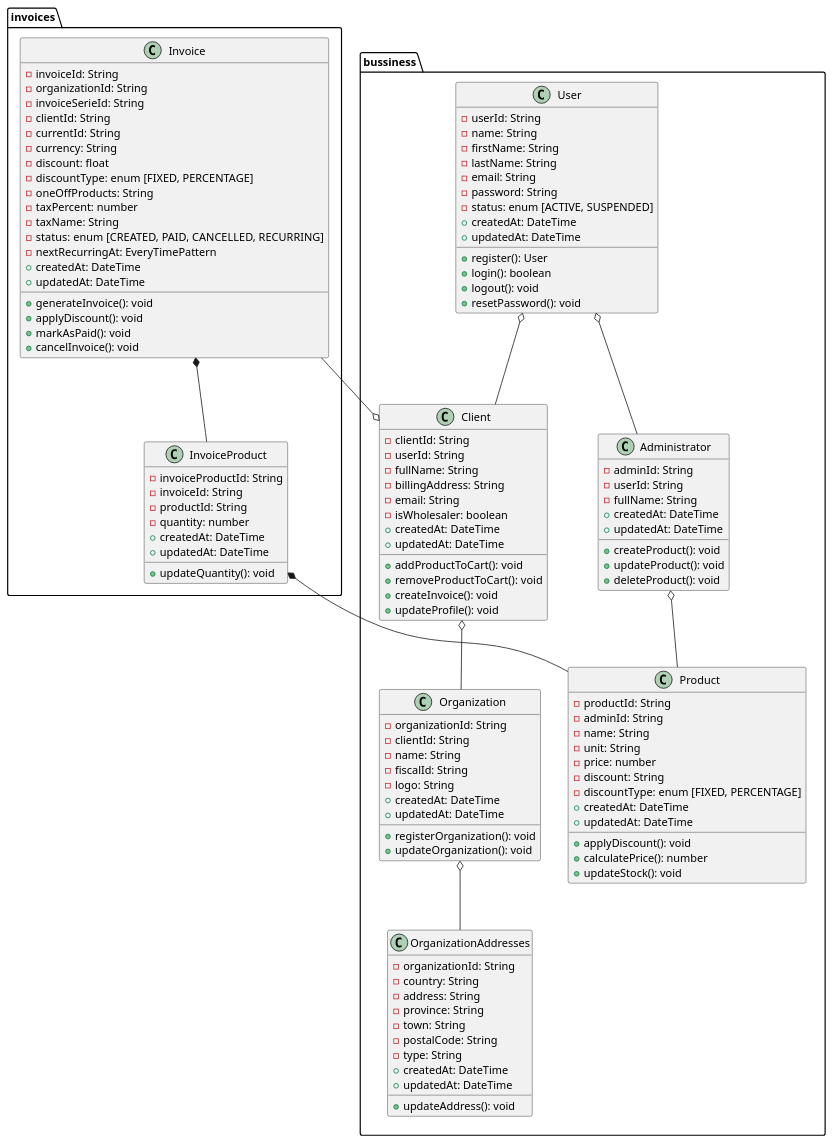
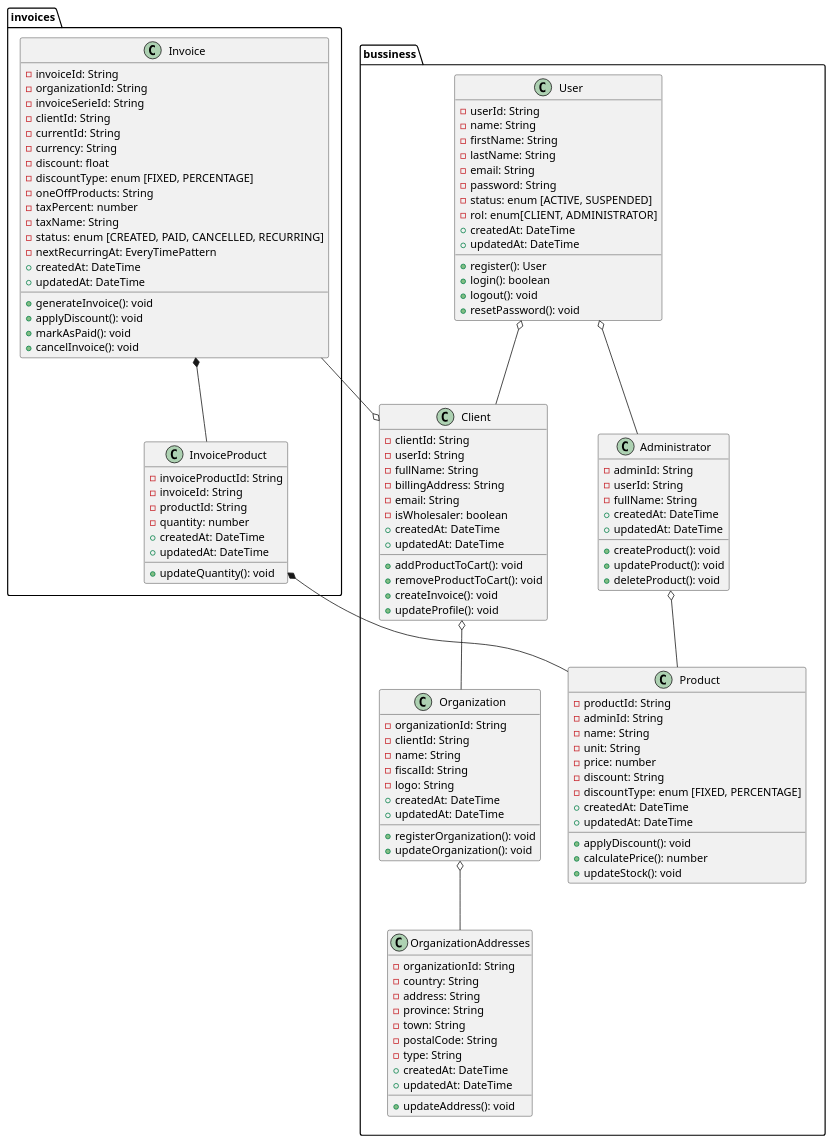
The diagram in docs/class-diagram.puml (DanielGonzlez/TFG), drawn with PlantUML before and after one commit.

Commit message:
fix: added atribute rol

```diff
--- a/docs/class-diagram.puml
+++ b/docs/class-diagram.puml
@@ -1,147 +1,148 @@
 @startuml
 
 ' Dirección vertical (de arriba a abajo)
 top to bottom direction
 
 skinparam entityPadding 20
 skinparam entityFontSize 14
 
 
 ' Paquete bussiness
 package bussiness {
     together {
         class Administrator {
             - adminId: String
             - userId: String
             - fullName: String
             + createdAt: DateTime
             + updatedAt: DateTime
             + createProduct(): void
             + updateProduct(): void
             + deleteProduct(): void
         }
 
         class Product {
             - productId: String
             - adminId: String
             - name: String
             - unit: String
             - price: number
             - discount: String
             - discountType: enum [FIXED, PERCENTAGE]
             + createdAt: DateTime
             + updatedAt: DateTime
             + applyDiscount(): void
             + calculatePrice(): number
             + updateStock(): void
         }
     }
     
     class User {
         - userId: String
         - name: String
         - firstName: String
         - lastName: String
         - email: String
         - password: String
         - status: enum [ACTIVE, SUSPENDED]
+        - rol: enum[CLIENT, ADMINISTRATOR]
         + createdAt: DateTime
         + updatedAt: DateTime
         + register(): User
         + login(): boolean
         + logout(): void
         + resetPassword(): void
     }
     together {
         class OrganizationAddresses {
             - organizationId: String
             - country: String
             - address: String
             - province: String
             - town: String
             - postalCode: String
             - type: String
             + createdAt: DateTime
             + updatedAt: DateTime
             + updateAddress(): void
         }
 
         class Organization {
             - organizationId: String
             - clientId: String
             - name: String
             - fiscalId: String
             - logo: String
             + createdAt: DateTime
             + updatedAt: DateTime
             + registerOrganization(): void
             + updateOrganization(): void
         }
 
         class Client {
             - clientId: String
             - userId: String
             - fullName: String
             - billingAddress: String
             - email: String
             - isWholesaler: boolean
             + createdAt: DateTime
             + updatedAt: DateTime
             + addProductToCart(): void
             + removeProductToCart(): void
             + createInvoice(): void
             + updateProfile(): void
         }
     }
 }
 
 ' Paquete invoices
 package invoices {
 
     class InvoiceProduct {
         - invoiceProductId: String
         - invoiceId: String
         - productId: String
         - quantity: number
         + createdAt: DateTime
         + updatedAt: DateTime
         + updateQuantity(): void
     }
 
     class Invoice {
         - invoiceId: String
         - organizationId: String
         - invoiceSerieId: String
         - clientId: String
         - currentId: String
         - currency: String
         - discount: float
         - discountType: enum [FIXED, PERCENTAGE]
         - oneOffProducts: String
         - taxPercent: number
         - taxName: String
         - status: enum [CREATED, PAID, CANCELLED, RECURRING]
         - nextRecurringAt: EveryTimePattern
         + createdAt: DateTime
         + updatedAt: DateTime
         + generateInvoice(): void
         + applyDiscount(): void
         + markAsPaid(): void
         + cancelInvoice(): void
     }
 }
 
 ' Relaciones
 User o-- Client
 User o-- Administrator
 Administrator o-- Product
 
 Client o-- Organization
 Client o-l- Invoice
 
 Organization o-- OrganizationAddresses
 
 Invoice *-- InvoiceProduct
 InvoiceProduct *-- Product 
 
 @enduml
```
